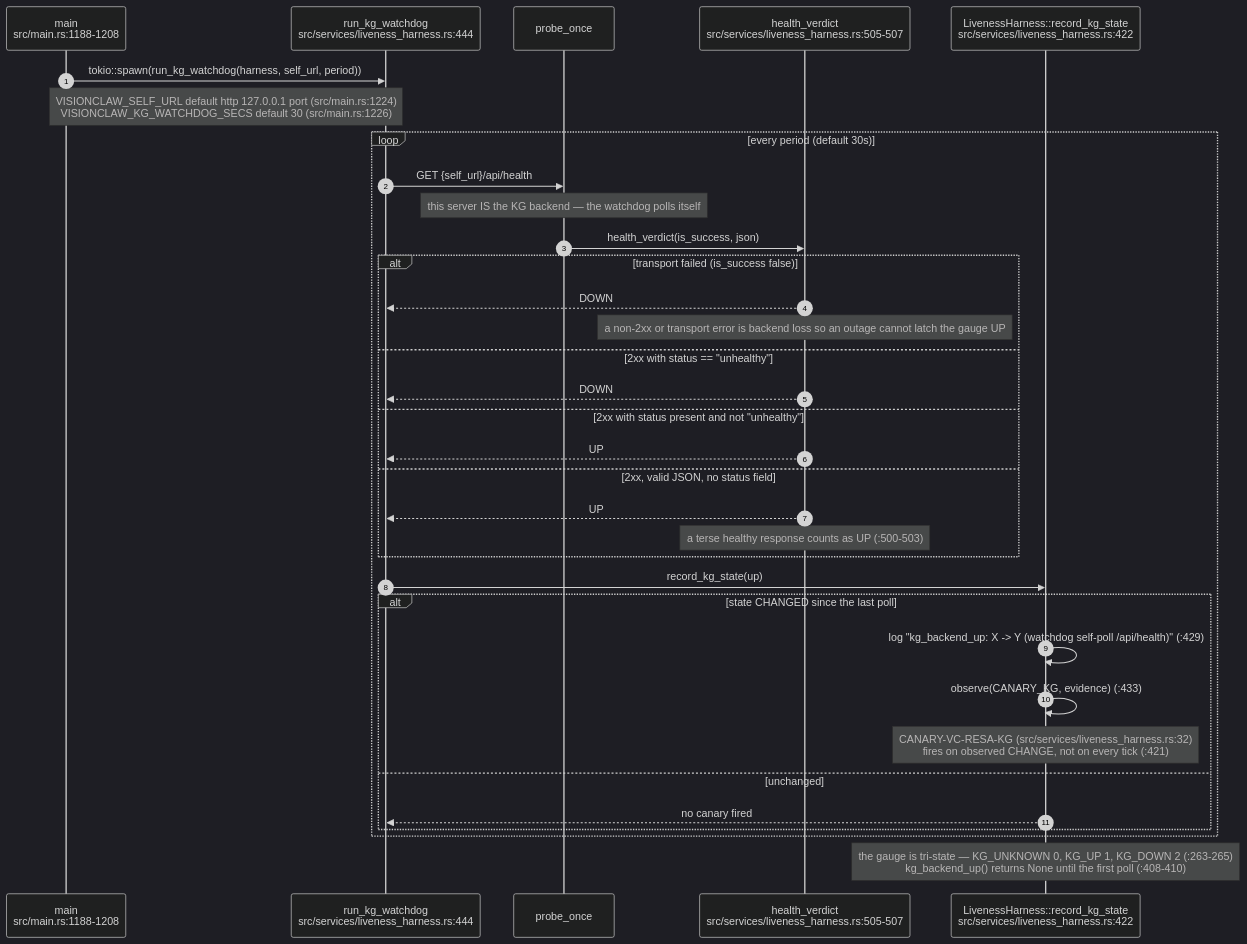
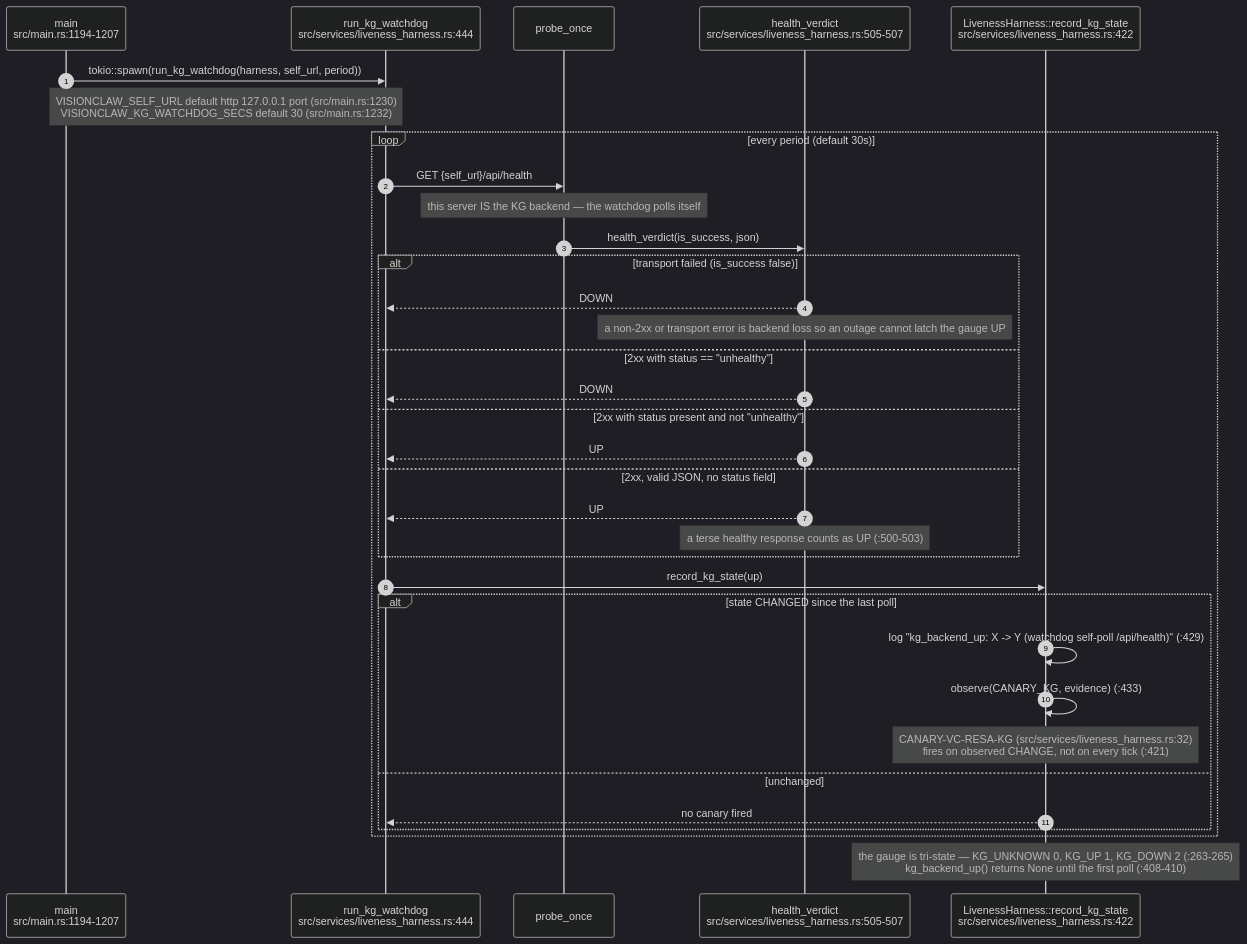
The second of 12 diagrams in docs/diagrams/visionclaw/08-observability-health-and-dev-loop.md (DreamLab-AI/VisionFlow), drawn with Mermaid (dark theme) before and after one commit. The commit also changed other lines of this file and 32 other files, not shown here.

````diff
--- a/docs/diagrams/visionclaw/08-observability-health-and-dev-loop.md
+++ b/docs/diagrams/visionclaw/08-observability-health-and-dev-loop.md
@@ -65,37 +66,37 @@
 ```mermaid
 sequenceDiagram
     autonumber
-    participant M as main<br/>src/main.rs:1188-1208
+    participant M as main<br/>src/main.rs:1194-1207
     participant W as run_kg_watchdog<br/>src/services/liveness_harness.rs:444
     participant P as probe_once
     participant V as health_verdict<br/>src/services/liveness_harness.rs:505-507
     participant H as LivenessHarness::record_kg_state<br/>src/services/liveness_harness.rs:422
 
     M->>W: tokio::spawn(run_kg_watchdog(harness, self_url, period))
-    Note over M,W: VISIONCLAW_SELF_URL default http 127.0.0.1 port (src/main.rs:1224)<br/>VISIONCLAW_KG_WATCHDOG_SECS default 30 (src/main.rs:1226)
+    Note over M,W: VISIONCLAW_SELF_URL default http 127.0.0.1 port (src/main.rs:1230)<br/>VISIONCLAW_KG_WATCHDOG_SECS default 30 (src/main.rs:1232)
     loop every period (default 30s)
         W->>P: GET {self_url}/api/health
         Note over P: this server IS the KG backend — the watchdog polls itself
         P->>V: health_verdict(is_success, json)
         alt transport failed (is_success false)
             V-->>W: DOWN
             Note over V: a non-2xx or transport error is backend loss so an outage cannot latch the gauge UP
         else 2xx with status == "unhealthy"
             V-->>W: DOWN
         else 2xx with status present and not "unhealthy"
             V-->>W: UP
         else 2xx, valid JSON, no status field
             V-->>W: UP
             Note over V: a terse healthy response counts as UP (:500-503)
         end
         W->>H: record_kg_state(up)
         alt state CHANGED since the last poll
             H->>H: log "kg_backend_up: X -> Y (watchdog self-poll /api/health)" (:429)
             H->>H: observe(CANARY_KG, evidence) (:433)
             Note over H: CANARY-VC-RESA-KG (src/services/liveness_harness.rs:32)<br/>fires on observed CHANGE, not on every tick (:421)
         else unchanged
             H-->>W: no canary fired
         end
     end
     Note over H: the gauge is tri-state — KG_UNKNOWN 0, KG_UP 1, KG_DOWN 2 (:263-265)<br/>kg_backend_up() returns None until the first poll (:408-410)
 ```
````
